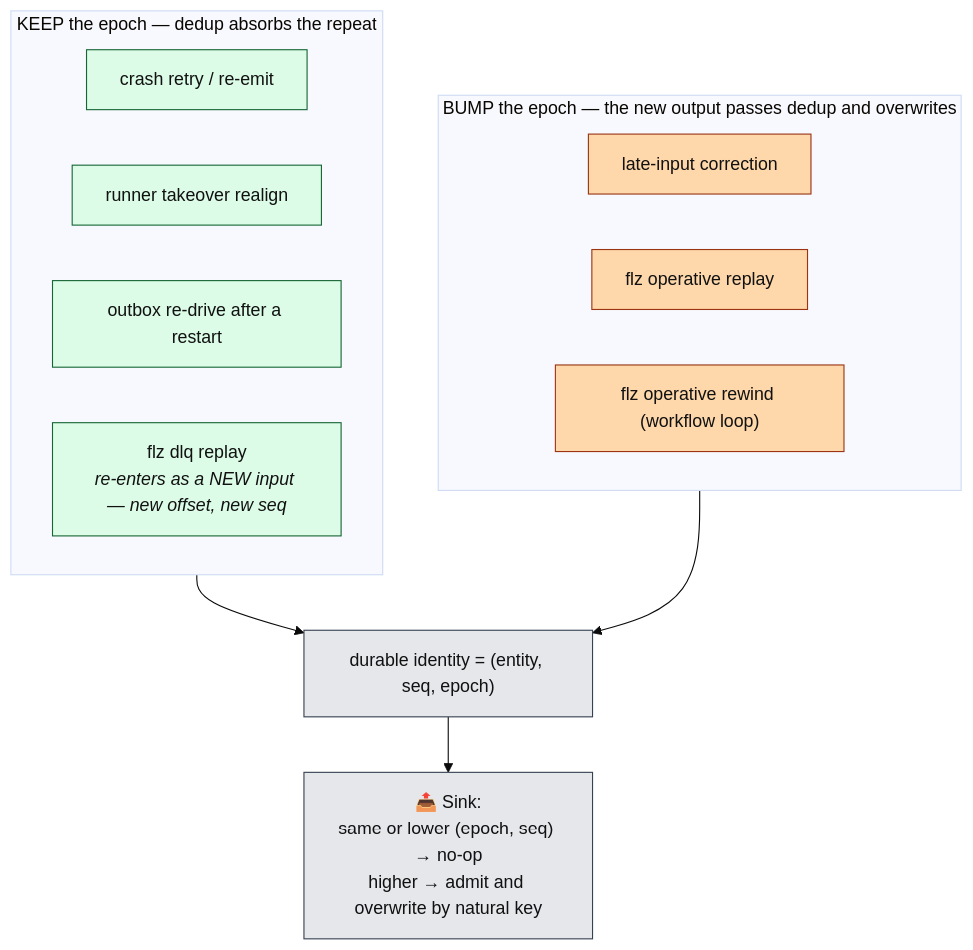
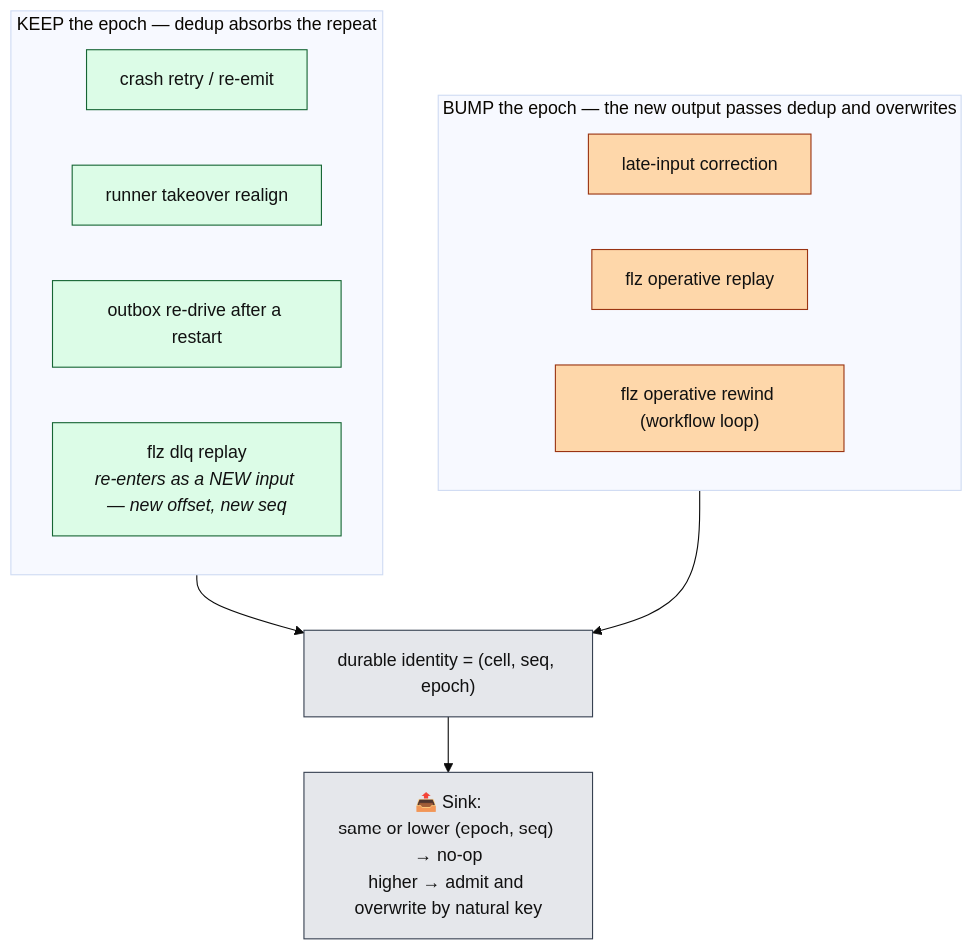
Diagram 11 of 17 in docs/architecture/kernel.md (Flezha/flezha), drawn with Mermaid (base theme) before and after one commit. The commit also changed other lines of this file and 604 other files, not shown here.

First line of the commit message:
Rename Procedure to Tasklet and Entity to Cell

````diff
--- a/docs/architecture/kernel.md
+++ b/docs/architecture/kernel.md
@@ -521,21 +521,21 @@
 ```mermaid
 flowchart TB
     subgraph KEEP["KEEP the epoch — dedup absorbs the repeat"]
         C1["crash retry / re-emit"]:::exec
         C2["runner takeover realign"]:::exec
         C3["outbox re-drive after a restart"]:::exec
         C4["flz dlq replay<br/><i>re-enters as a NEW input — new offset, new seq</i>"]:::exec
     end
     subgraph BUMP["BUMP the epoch — the new output passes dedup and overwrites"]
         B1["late-input correction"]:::sink
         B2["flz operative replay"]:::sink
         B3["flz operative rewind (workflow loop)"]:::sink
     end
-    KEEP --> RULE["durable identity = (entity, seq, epoch)"]:::store
+    KEEP --> RULE["durable identity = (cell, seq, epoch)"]:::store
     BUMP --> RULE
     RULE --> SINKR["📤 Sink:<br/>same or lower (epoch, seq) → no-op<br/>higher → admit and overwrite by natural key"]:::store
 
     classDef exec fill:#dcfce7,stroke:#166534,color:#111
     classDef sink fill:#fed7aa,stroke:#9a3412,color:#111
     classDef store fill:#e5e7eb,stroke:#374151,color:#111
 ```
````
